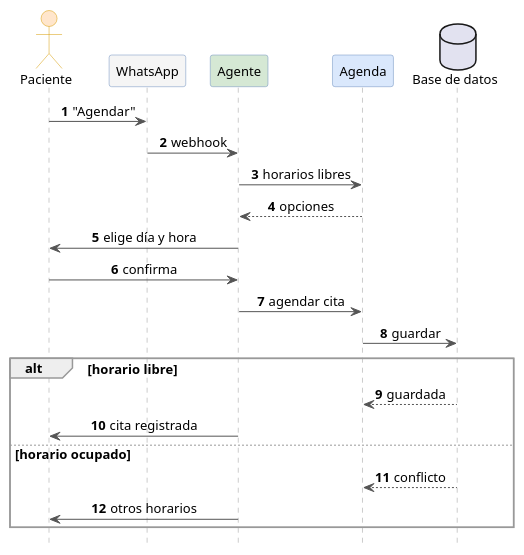
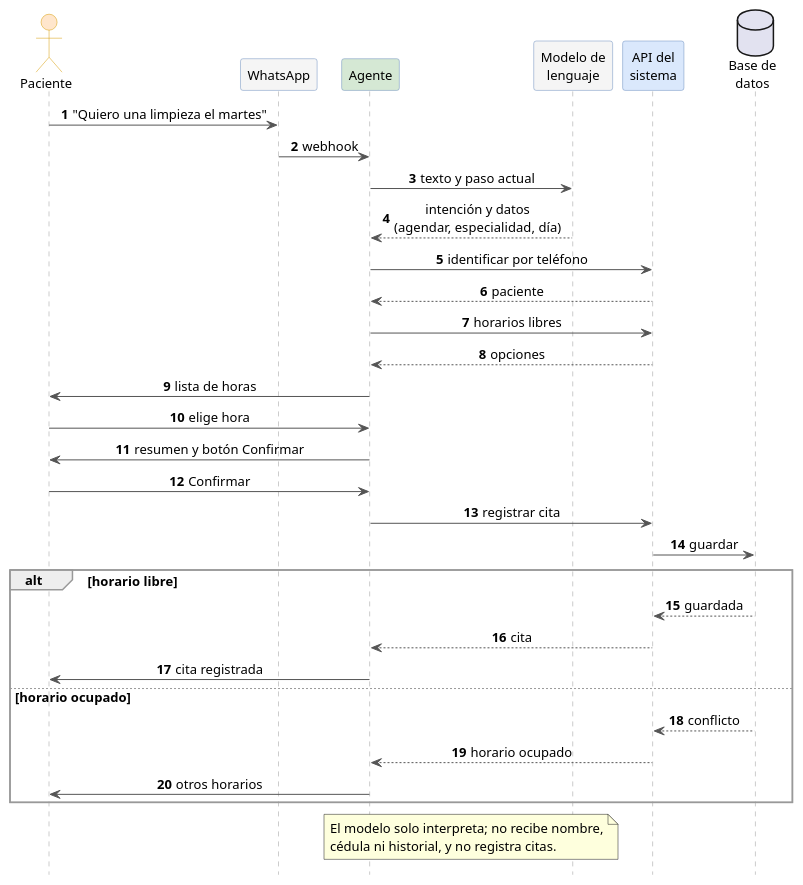
Before and after one commit to JaviFiallos/bachelor-latex-thesis: the diagram in diagramas/plantuml/secuencia_agendar.puml, drawn with PlantUML. The commit also changed 71 other files, not shown here.

```diff
--- a/diagramas/plantuml/secuencia_agendar.puml
+++ b/diagramas/plantuml/secuencia_agendar.puml
@@ -1,42 +1,52 @@
 @startuml secuencia_agendar
 skinparam shadowing false
 skinparam backgroundColor white
 skinparam defaultFontName Arial
 skinparam defaultFontSize 13
 skinparam sequenceMessageAlign center
 skinparam ArrowColor #555555
 skinparam sequence {
   LifeLineBorderColor #999999
   ParticipantBorderColor #6C8EBF
   ParticipantBackgroundColor #DAE8FC
   ActorBorderColor #D79B00
   ActorBackgroundColor #FFE6CC
   DatabaseBorderColor #9673A6
   DatabaseBackgroundColor #E1D5E7
   GroupBorderColor #999999
 }
 autonumber
 hide footbox
 
 actor "Paciente" as P
 participant "WhatsApp" as W #F5F5F5
 participant "Agente" as A #D5E8D4
-participant "Agenda" as G
-database "Base de datos" as BD
+participant "Modelo de\nlenguaje" as L #F5F5F5
+participant "API del\nsistema" as API
+database "Base de\ndatos" as BD
 
-P -> W : "Agendar"
+P -> W : "Quiero una limpieza el martes"
 W -> A : webhook
-A -> G : horarios libres
-G --> A : opciones
-A -> P : elige día y hora
-P -> A : confirma
-A -> G : agendar cita
-G -> BD : guardar
+A -> L : texto y paso actual
+L --> A : intención y datos\n(agendar, especialidad, día)
+A -> API : identificar por teléfono
+API --> A : paciente
+A -> API : horarios libres
+API --> A : opciones
+A -> P : lista de horas
+P -> A : elige hora
+A -> P : resumen y botón Confirmar
+P -> A : Confirmar
+A -> API : registrar cita
+API -> BD : guardar
 alt horario libre
-  BD --> G : guardada
+  BD --> API : guardada
+  API --> A : cita
   A -> P : cita registrada
 else horario ocupado
-  BD --> G : conflicto
+  BD --> API : conflicto
+  API --> A : horario ocupado
   A -> P : otros horarios
 end
+note over A, L : El modelo solo interpreta; no recibe nombre,\ncédula ni historial, y no registra citas.
 @enduml
```
